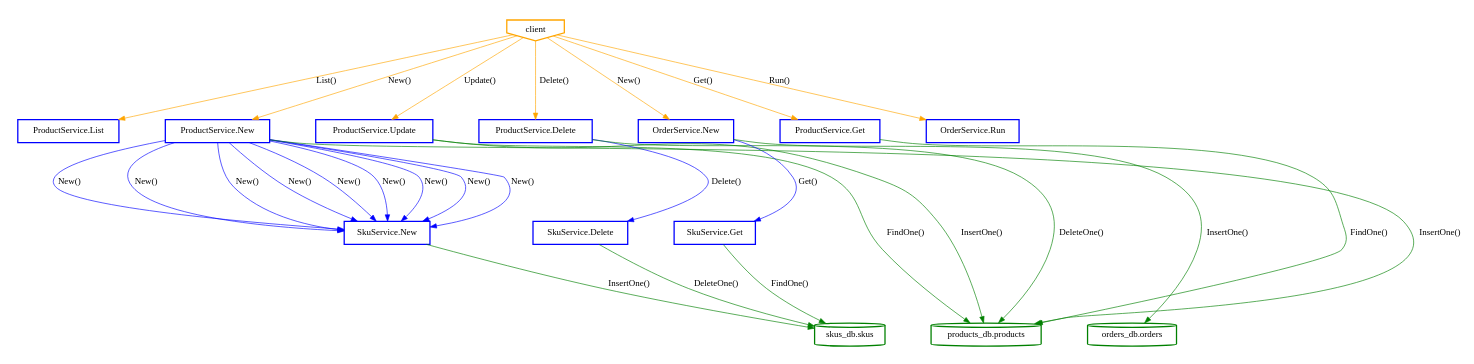
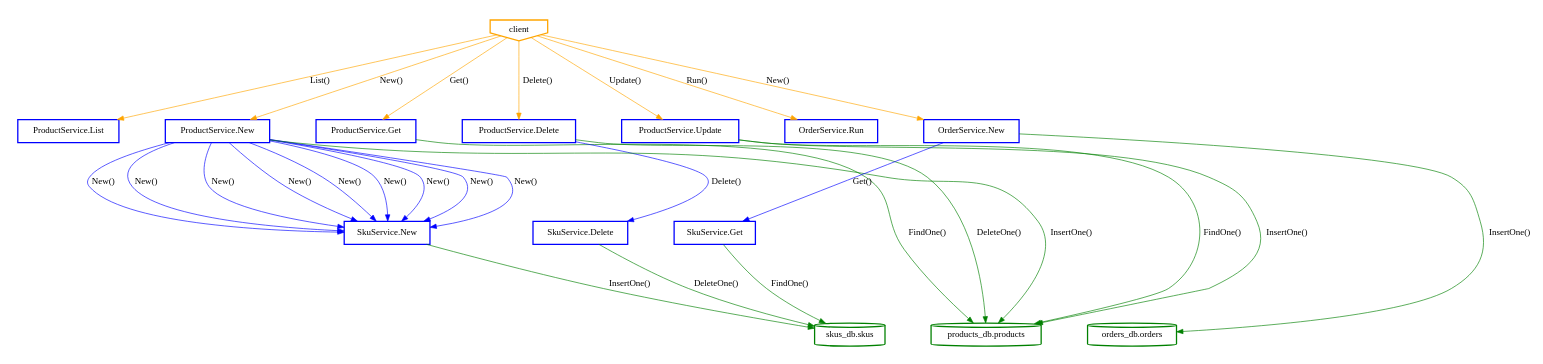
One commit to aletheia-microservices/aletheia changed the diagram in ssa_analysis/analyzer/output/digota/abstractcallgraph.dot. Above: the diagram before and after it, drawn with Graphviz. The commit also changed other lines of this file and 79 other files, not shown here.

```diff
--- a/ssa_analysis/analyzer/output/digota/abstractcallgraph.dot
+++ b/ssa_analysis/analyzer/output/digota/abstractcallgraph.dot
@@ -1,55 +1,55 @@
 digraph G {
 	rankdir=TD;
 	ranksep=1.5;
 	nodesep=1;
 	subgraph cluster_clients {
 		style=invis;
 		N_client [label="client", style=bold, shape=invhouse, color="orange"];
 	}
 	subgraph cluster_services {
 		style=invis;
+		N_ProductService_Get [label="ProductService.Get", style=bold, shape=box, color="blue"];
+		N_ProductService_List [label="ProductService.List", style=bold, shape=box, color="blue"];
+		N_ProductService_Delete [label="ProductService.Delete", style=bold, shape=box, color="blue"];
+		N_SkuService_Get [label="SkuService.Get", style=bold, shape=box, color="blue"];
+		N_ProductService_New [label="ProductService.New", style=bold, shape=box, color="blue"];
 		N_SkuService_New [label="SkuService.New", style=bold, shape=box, color="blue"];
-		N_ProductService_List [label="ProductService.List", style=bold, shape=box, color="blue"];
 		N_ProductService_Update [label="ProductService.Update", style=bold, shape=box, color="blue"];
-		N_ProductService_Delete [label="ProductService.Delete", style=bold, shape=box, color="blue"];
+		N_OrderService_Run [label="OrderService.Run", style=bold, shape=box, color="blue"];
 		N_SkuService_Delete [label="SkuService.Delete", style=bold, shape=box, color="blue"];
 		N_OrderService_New [label="OrderService.New", style=bold, shape=box, color="blue"];
-		N_SkuService_Get [label="SkuService.Get", style=bold, shape=box, color="blue"];
-		N_ProductService_Get [label="ProductService.Get", style=bold, shape=box, color="blue"];
-		N_OrderService_Run [label="OrderService.Run", style=bold, shape=box, color="blue"];
-		N_ProductService_New [label="ProductService.New", style=bold, shape=box, color="blue"];
 	}
 	subgraph cluster_databases {
 		style=invis;
+		N_products_db_products [label="products_db.products", style=bold, shape=cylinder, color="green"];
 		N_orders_db_orders [label="orders_db.orders", style=bold, shape=cylinder, color="green"];
 		N_skus_db_skus [label="skus_db.skus", style=bold, shape=cylinder, color="green"];
-		N_products_db_products [label="products_db.products", style=bold, shape=cylinder, color="green"];
 	}
 	N_client -> N_OrderService_New [label="New()", color=orange];
 	N_OrderService_New -> N_SkuService_Get [label="Get()", color=blue];
 	N_OrderService_New -> N_orders_db_orders [label="InsertOne()", color=green];
 	N_SkuService_Get -> N_skus_db_skus [label="FindOne()", color=green];
 	N_client -> N_OrderService_Run [label="Run()", color=orange];
 	N_client -> N_ProductService_New [label="New()", color=orange];
 	N_ProductService_New -> N_SkuService_New [label="New()", color=blue];
 	N_ProductService_New -> N_SkuService_New [label="New()", color=blue];
 	N_ProductService_New -> N_SkuService_New [label="New()", color=blue];
 	N_ProductService_New -> N_SkuService_New [label="New()", color=blue];
 	N_ProductService_New -> N_SkuService_New [label="New()", color=blue];
 	N_ProductService_New -> N_SkuService_New [label="New()", color=blue];
 	N_ProductService_New -> N_SkuService_New [label="New()", color=blue];
 	N_ProductService_New -> N_SkuService_New [label="New()", color=blue];
 	N_ProductService_New -> N_products_db_products [label="InsertOne()", color=green];
 	N_ProductService_New -> N_SkuService_New [label="New()", color=blue];
 	N_SkuService_New -> N_skus_db_skus [label="InsertOne()", color=green];
 	N_client -> N_ProductService_Get [label="Get()", color=orange];
 	N_ProductService_Get -> N_products_db_products [label="FindOne()", color=green];
 	N_client -> N_ProductService_List [label="List()", color=orange];
 	N_client -> N_ProductService_Update [label="Update()", color=orange];
 	N_ProductService_Update -> N_products_db_products [label="FindOne()", color=green];
 	N_ProductService_Update -> N_products_db_products [label="InsertOne()", color=green];
 	N_client -> N_ProductService_Delete [label="Delete()", color=orange];
 	N_ProductService_Delete -> N_products_db_products [label="DeleteOne()", color=green];
 	N_ProductService_Delete -> N_SkuService_Delete [label="Delete()", color=blue];
 	N_SkuService_Delete -> N_skus_db_skus [label="DeleteOne()", color=green];
 }
```
